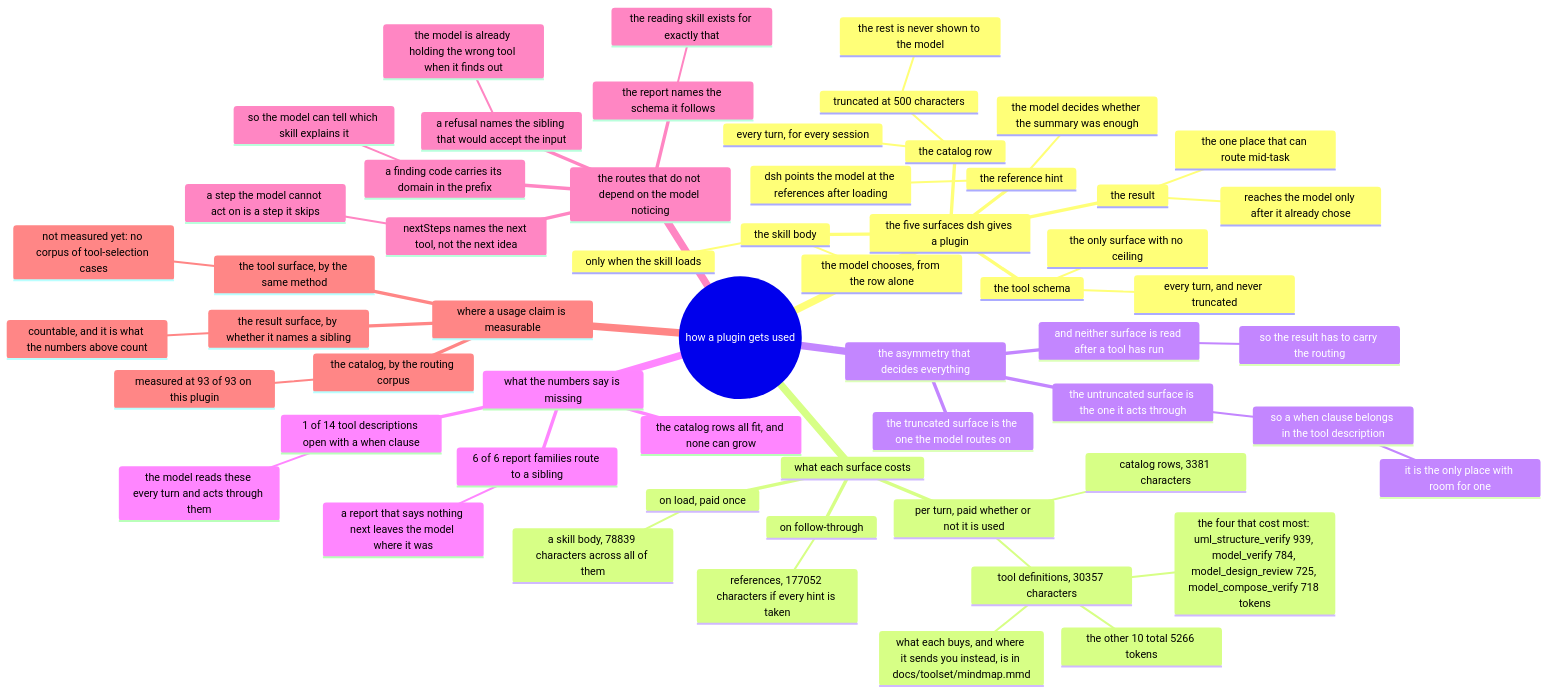
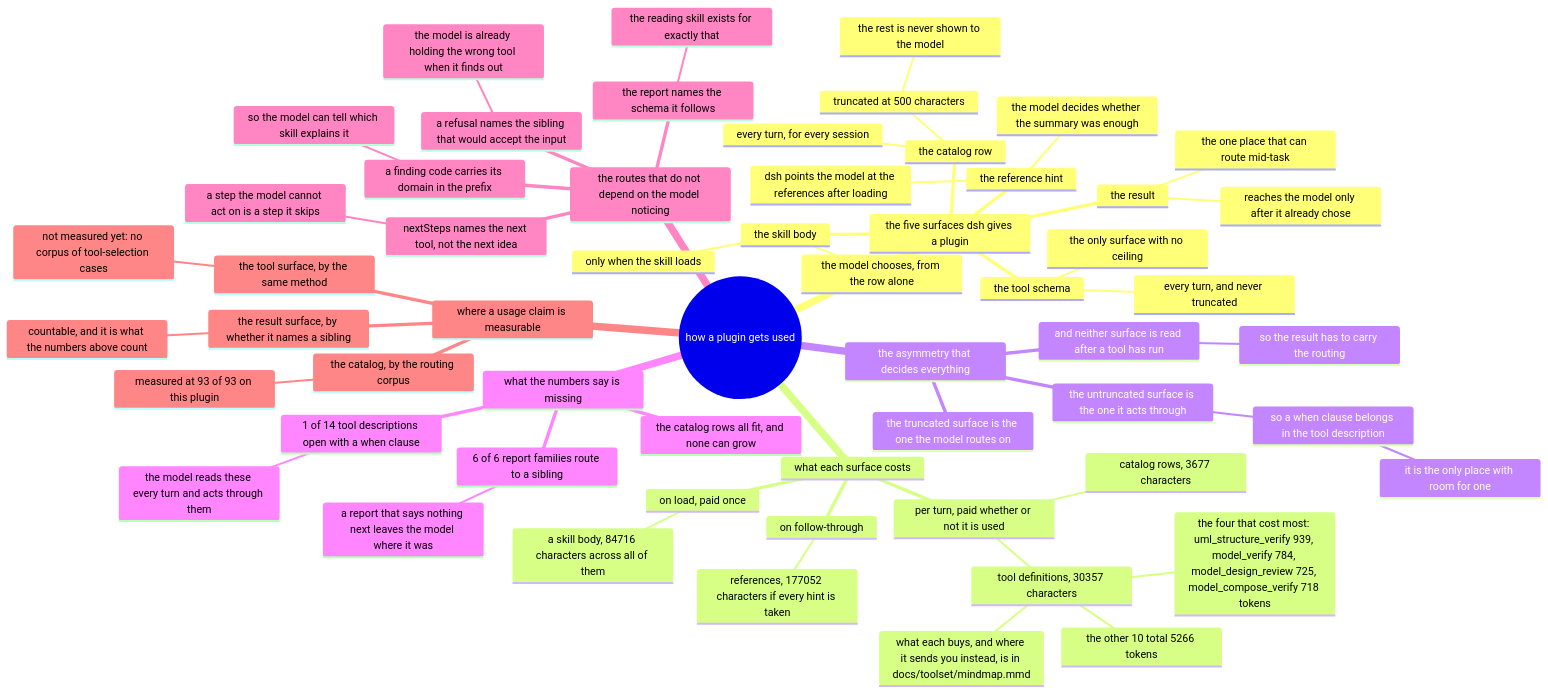
The diagram in docs/usage/mindmap.mmd (AmethystLuna/dsh-model-everything), drawn with Mermaid before and after one commit. The commit also changed 9 other files, not shown here.

```diff
--- a/docs/usage/mindmap.mmd
+++ b/docs/usage/mindmap.mmd
@@ -1,59 +1,59 @@
 mindmap
 root((how a plugin gets used))
   the five surfaces dsh gives a plugin
     the catalog row
       every turn, for every session
       truncated at 500 characters
         the rest is never shown to the model
     the skill body
       only when the skill loads
       the model chooses, from the row alone
     the reference hint
       dsh points the model at the references after loading
       the model decides whether the summary was enough
     the tool schema
       every turn, and never truncated
       the only surface with no ceiling
     the result
       reaches the model only after it already chose
       the one place that can route mid-task
   what each surface costs
     per turn, paid whether or not it is used
-      catalog rows, 3381 characters
+      catalog rows, 3677 characters
       tool definitions, 30357 characters
         the four that cost most: uml_structure_verify 939, model_verify 784, model_design_review 725, model_compose_verify 718 tokens
         the other 10 total 5266 tokens
         what each buys, and where it sends you instead, is in docs/toolset/mindmap.mmd
     on load, paid once
-      a skill body, 78839 characters across all of them
+      a skill body, 84716 characters across all of them
     on follow-through
       references, 177052 characters if every hint is taken
   the asymmetry that decides everything
     the truncated surface is the one the model routes on
     the untruncated surface is the one it acts through
       so a when clause belongs in the tool description
         it is the only place with room for one
     and neither surface is read after a tool has run
       so the result has to carry the routing
   what the numbers say is missing
     1 of 14 tool descriptions open with a when clause
       the model reads these every turn and acts through them
     6 of 6 report families route to a sibling
       a report that says nothing next leaves the model where it was
     the catalog rows all fit, and none can grow
   the routes that do not depend on the model noticing
     a refusal names the sibling that would accept the input
       the model is already holding the wrong tool when it finds out
     nextSteps names the next tool, not the next idea
       a step the model cannot act on is a step it skips
     a finding code carries its domain in the prefix
       so the model can tell which skill explains it
     the report names the schema it follows
       the reading skill exists for exactly that
   where a usage claim is measurable
     the catalog, by the routing corpus
       measured at 93 of 93 on this plugin
     the tool surface, by the same method
       not measured yet: no corpus of tool-selection cases
     the result surface, by whether it names a sibling
       countable, and it is what the numbers above count
```
